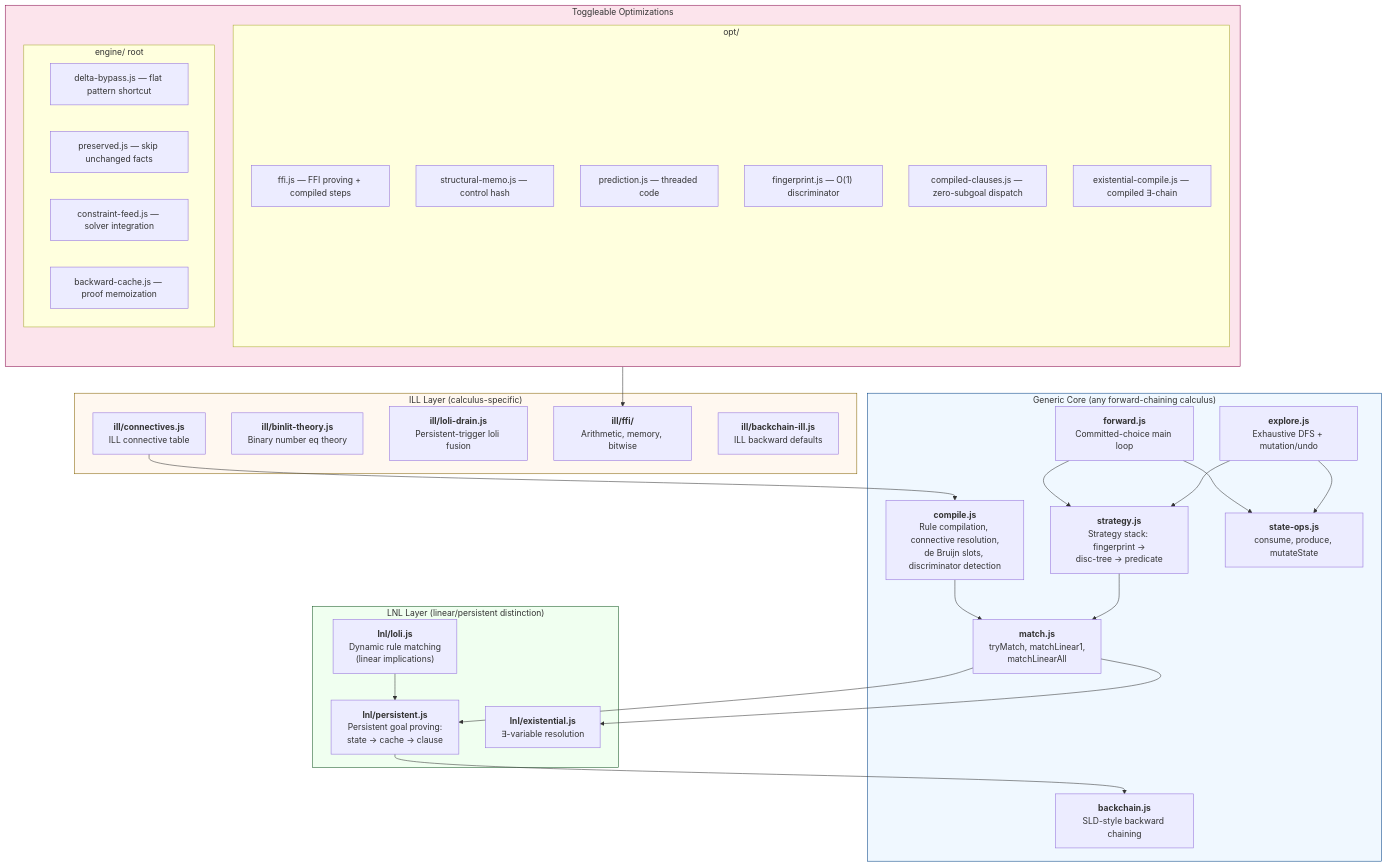
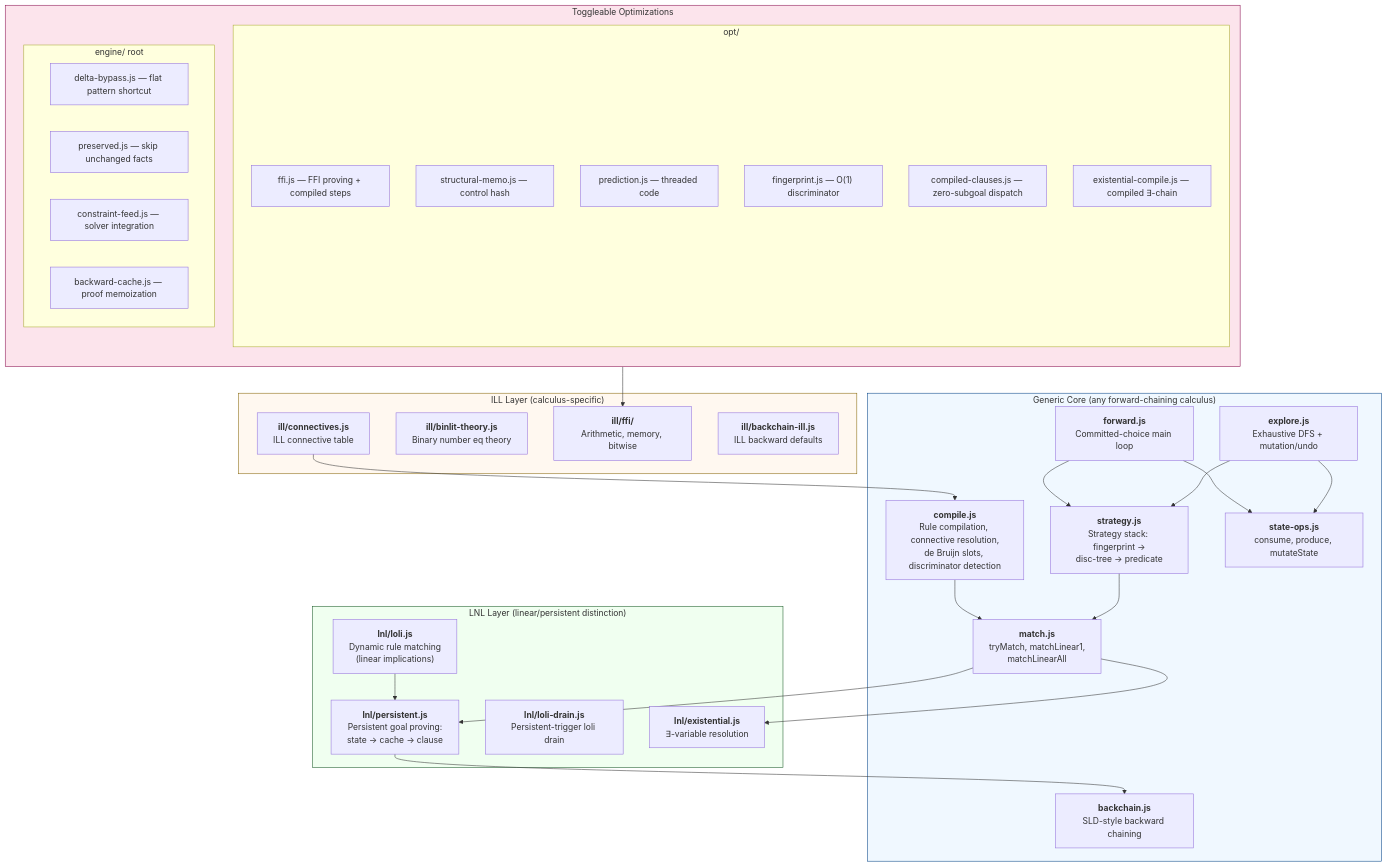
One commit to mhhf/calc changed the first of 7 diagrams in doc/documentation/forward-chaining-engine.md. Above: the diagram before and after it, drawn with Mermaid. The commit also changed other lines of this file and 60 other files, not shown here.

````diff
--- a/doc/documentation/forward-chaining-engine.md
+++ b/doc/documentation/forward-chaining-engine.md
@@ -17,62 +17,62 @@
 ```mermaid
 graph TB
     subgraph Generic["Generic Core (any forward-chaining calculus)"]
         COMPILE["<b>compile.js</b><br/>Rule compilation, connective resolution,<br/>de Bruijn slots, discriminator detection"]
         MATCH["<b>match.js</b><br/>tryMatch, matchLinear1,<br/>matchLinearAll"]
         STRATEGY["<b>strategy.js</b><br/>Strategy stack: fingerprint →<br/>disc-tree → predicate"]
         FORWARD["<b>forward.js</b><br/>Committed-choice main loop"]
         EXPLORE["<b>explore.js</b><br/>Exhaustive DFS + mutation/undo"]
         STATEOPS["<b>state-ops.js</b><br/>consume, produce, mutateState"]
         BACKCHAIN["<b>backchain.js</b><br/>SLD-style backward chaining"]
     end
 
     subgraph LNL["LNL Layer (linear/persistent distinction)"]
         PERSISTENT["<b>lnl/persistent.js</b><br/>Persistent goal proving:<br/>state → cache → clause"]
         LOLI["<b>lnl/loli.js</b><br/>Dynamic rule matching<br/>(linear implications)"]
+        DRAIN["<b>lnl/loli-drain.js</b><br/>Persistent-trigger loli drain"]
         EXIST["<b>lnl/existential.js</b><br/>∃-variable resolution"]
     end
 
     subgraph ILL["ILL Layer (calculus-specific)"]
         CONN["<b>ill/connectives.js</b><br/>ILL connective table"]
         BINLIT["<b>ill/binlit-theory.js</b><br/>Binary number eq theory"]
-        DRAIN["<b>ill/loli-drain.js</b><br/>Persistent-trigger loli fusion"]
         FFI["<b>ill/ffi/</b><br/>Arithmetic, memory, bitwise"]
         BCILL["<b>ill/backchain-ill.js</b><br/>ILL backward defaults"]
     end
 
     subgraph Opt["Toggleable Optimizations"]
         direction TB
         subgraph OptDir["opt/"]
             OPT_FFI["ffi.js — FFI proving + compiled steps"]
             OPT_MEMO["structural-memo.js — control hash"]
             OPT_PRED["prediction.js — threaded code"]
             OPT_FP["fingerprint.js — O(1) discriminator"]
             OPT_CC["compiled-clauses.js — zero-subgoal dispatch"]
             OPT_EC["existential-compile.js — compiled ∃-chain"]
         end
         subgraph EngRoot["engine/ root"]
             OPT_DELTA["delta-bypass.js — flat pattern shortcut"]
             OPT_PRES["preserved.js — skip unchanged facts"]
             OPT_CONS["constraint-feed.js — solver integration"]
             OPT_CACHE["backward-cache.js — proof memoization"]
         end
     end
 
     COMPILE --> MATCH
     MATCH --> PERSISTENT
     MATCH --> EXIST
     STRATEGY --> MATCH
     FORWARD --> STRATEGY
     EXPLORE --> STRATEGY
     FORWARD --> STATEOPS
     EXPLORE --> STATEOPS
     PERSISTENT --> BACKCHAIN
     LOLI --> PERSISTENT
     OPT_FFI --> FFI
     CONN --> COMPILE
 
     style Generic fill:#f0f8ff,stroke:#004085
     style LNL fill:#f0fff0,stroke:#155724
     style ILL fill:#fff8f0,stroke:#856404
     style Opt fill:#fce4ec,stroke:#880e4f
 ```
````
